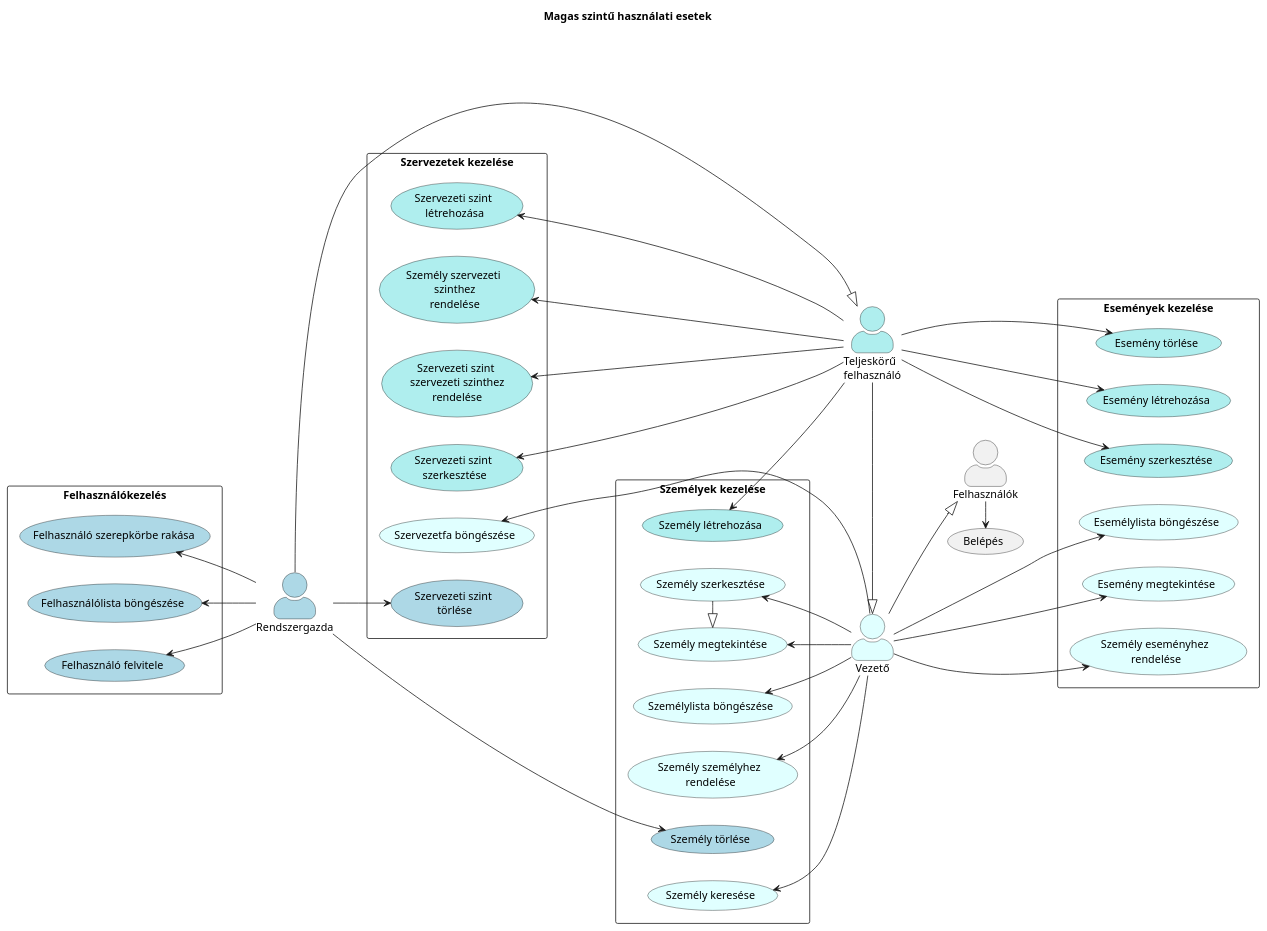
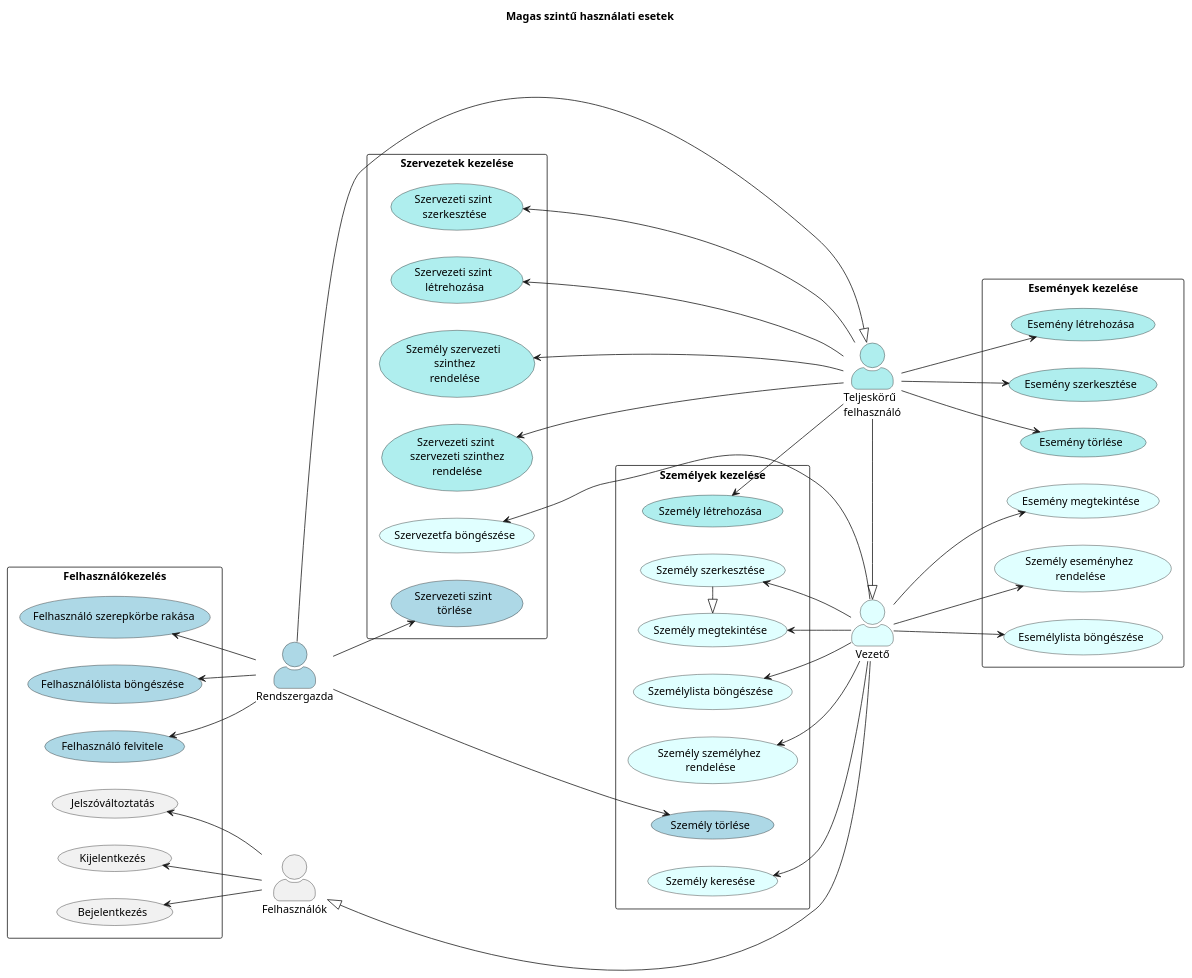
The diagram in Használati_esetek_HL.puml (Vibenk/LilaElefant), drawn with PlantUML before and after one commit. The commit also changed 3 other files, not shown here.

```diff
--- a/Használati_esetek_HL.puml
+++ b/Használati_esetek_HL.puml
@@ -1,96 +1,100 @@
 @startuml
 
 title Magas szintű használati esetek
 
 skinparam actorStyle awesome
 left to right direction
 
 "Teljeskörű \nfelhasználó" as SuperUser #PaleTurquoise
 "Vezető" as User #LightCyan
 "Felhasználók" as Users
 "Rendszergazda" as Admin #LightBlue
 
-(Belépés) as Login
 rectangle "Szervezetek kezelése" {
     (Szervezetfa böngészése) as BrowseHierarchy #LightCyan
     (Szervezeti szint \nlétrehozása) as CreateOrg #PaleTurquoise
     (Szervezeti szint \nszerkesztése) as EditOrg #PaleTurquoise
     (Szervezeti szint \nszervezeti szinthez\nrendelése) as LinkOrg #PaleTurquoise
     (Szervezeti szint \ntörlése) as DeleteOrg #LightBlue
     (Személy szervezeti \n szinthez \nrendelése) as AssignPerson #PaleTurquoise
 }
 rectangle "Személyek kezelése" {
     (Személylista böngészése) as BrowsePeople #LightCyan
     (Személy megtekintése) as DisplayPerson #LightCyan
     (Személy szerkesztése) as EditPerson #LightCyan
     (Személy létrehozása) as CreatePerson #PaleTurquoise
     (Személy törlése) as DeletePerson #LightBlue
     (Személy keresése) as SearchPerson #LightCyan
     (Személy személyhez \nrendelése) as LinkPerson #LightCyan
 }
 rectangle "Események kezelése" {
     (Esemény létrehozása) as CreateEvent #PaleTurquoise
     (Esemény szerkesztése) as EditEvent #PaleTurquoise
     (Esemény törlése) as DeleteEvent #PaleTurquoise
     (Esemény megtekintése) as DisplayEvent #LightCyan
     (Személy eseményhez \nrendelése) as AssignPersonEvent #LightCyan
     (Esemélylista böngészése) as BrowseEvents #LightCyan
 }
 rectangle "Felhasználókezelés" {
+    (Bejelentkezés) as Login
+    (Kijelentkezés) as Logout
+    (Jelszóváltoztatás) as ChangePassword
     (Felhasználó felvitele) as AddUser #LightBlue
     (Felhasználólista böngészése) as BrowseUsers #LightBlue
     (Felhasználó szerepkörbe rakása) as AssignUser #LightBlue
 }
 
 
 
 EditPerson -left-|> DisplayPerson
 'CreatePerson -up-|> DisplayPerson
 
-Admin -----|> SuperUser
+Admin ----|> SuperUser
 SuperUser -right-|> User
-User --|> Users
+User -left-|> Users
 
-Users -right-> Login
+Users -up-> Login
+Users -up-> Logout
+Users -up-> ChangePassword
 
 ' User ***************
 User -left-> BrowsePeople
 User -left-> DisplayPerson
 User -left-> EditPerson
 User -left-> LinkPerson
 User -left-> SearchPerson
 
 User ---up-> BrowseHierarchy
 
 User ---> DisplayEvent
 User ---> AssignPersonEvent
 User ---> BrowseEvents
 
 
 
 ' SuperUser ************
 SuperUser -up-> CreatePerson
 SuperUser -up-> AssignPerson
 
 SuperUser ---up-> CreateOrg
 SuperUser ---up-> EditOrg
 SuperUser ---up-> LinkOrg
 
 SuperUser ---> DeleteEvent
 SuperUser ---> CreateEvent
 SuperUser ---> EditEvent
 
 
 
 ' Admin ************
 Admin -> DeletePerson
 
 Admin --> DeleteOrg
 
 Admin -up-> AddUser
 Admin -up-> BrowseUsers
 Admin -up-> AssignUser
 
 
 
 @enduml
```
